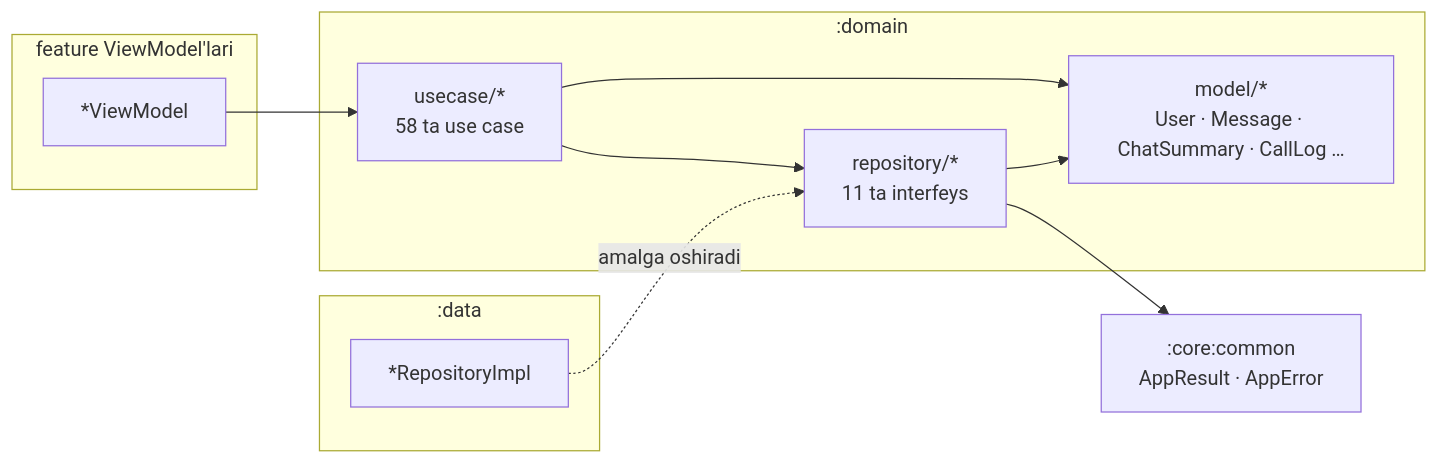
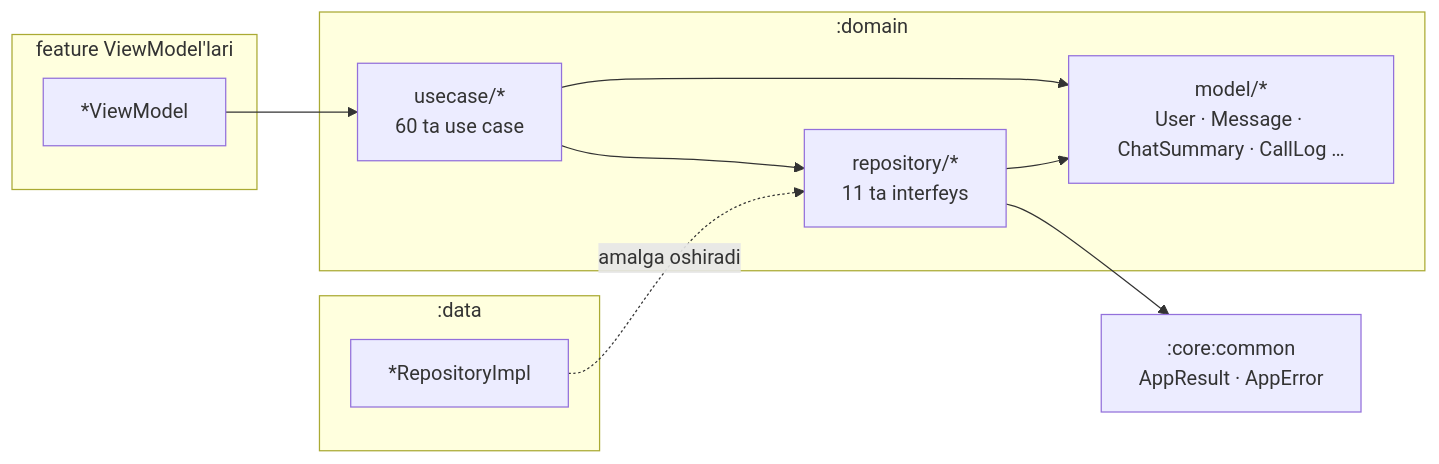
The diagram in docs/uz/modules/domain.md (AdilxanKenesov/SwiftChat), drawn with Mermaid before and after one commit. The commit also changed other lines of this file and 39 other files, not shown here.

````diff
--- a/docs/uz/modules/domain.md
+++ b/docs/uz/modules/domain.md
@@ -21,21 +21,21 @@
 ```mermaid
 flowchart LR
     subgraph Feature["feature ViewModel'lari"]
         VM["*ViewModel"]
     end
     subgraph Domain[":domain"]
-        UC["usecase/*<br/>58 ta use case"]
+        UC["usecase/*<br/>60 ta use case"]
         R["repository/*<br/>11 ta interfeys"]
         M["model/*<br/>User · Message · ChatSummary · CallLog …"]
     end
     subgraph Data[":data"]
         IMPL["*RepositoryImpl"]
     end
     CC[":core:common<br/>AppResult · AppError"]
     VM --> UC
     UC --> R
     UC --> M
     R --> M
     IMPL -. amalga oshiradi .-> R
     R --> CC
 ```
````
